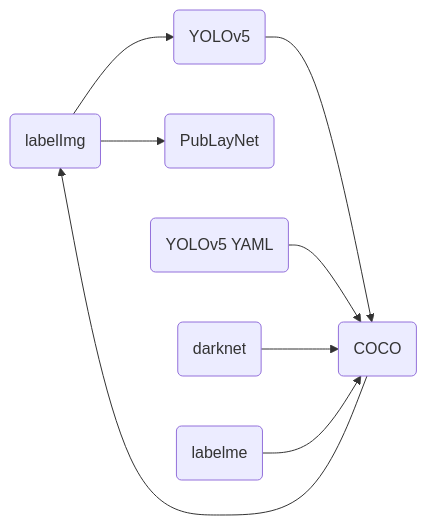
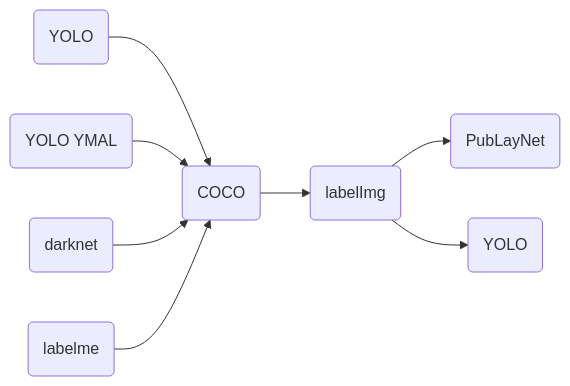
Before and after one commit to RapidAI/LabelConvert: the diagram in README.md, drawn with Mermaid.

````diff
--- a/README.md
+++ b/README.md
@@ -22,11 +22,12 @@
 ```mermaid
 flowchart LR
 
-A(labelImg) --> B(YOLOv5)
-A --> C(PubLayNet)
-D(COCO) --> A
-B --> D
-E(YOLOv5 YAML) --> D
-F(darknet) --> D
-G(labelme) --> D
+A(YOLO) --> B(COCO)
+C(YOLO YMAL) --> B
+D(darknet) --> B
+E(labelme) --> B
+
+B --> F(labelImg)
+F --> G(PubLayNet)
+F --> J(YOLO)
 ```
````
